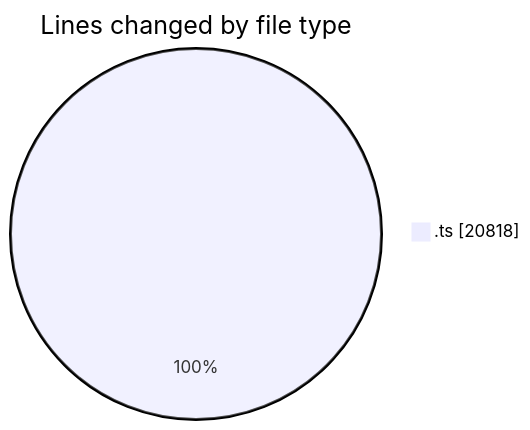
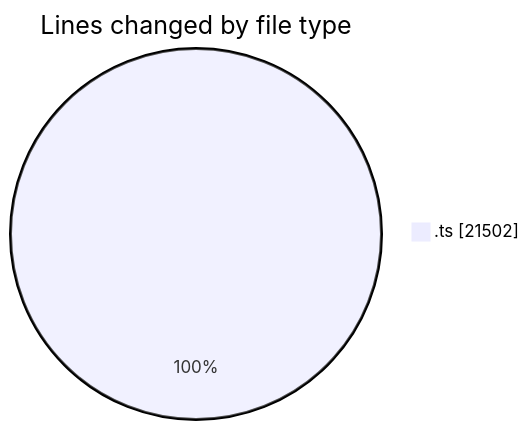
Before and after one commit to momahboobian/code-tracking: the first of 2 diagrams in 2025-09-09/cda/README.md, drawn with Mermaid. The commit also changed other lines of this file and 1 other file, not shown here.

````diff
--- a/2025-09-09/cda/README.md
+++ b/2025-09-09/cda/README.md
@@ -55,5 +60,5 @@
 ```mermaid
 pie showData
 title Lines changed by file type
-".ts" : 20818
+".ts" : 21502
 ```
````
